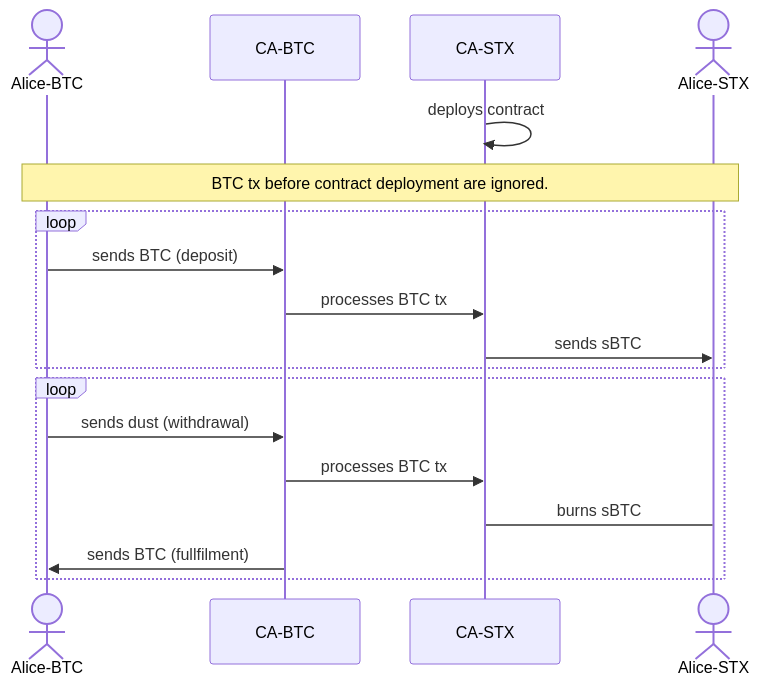
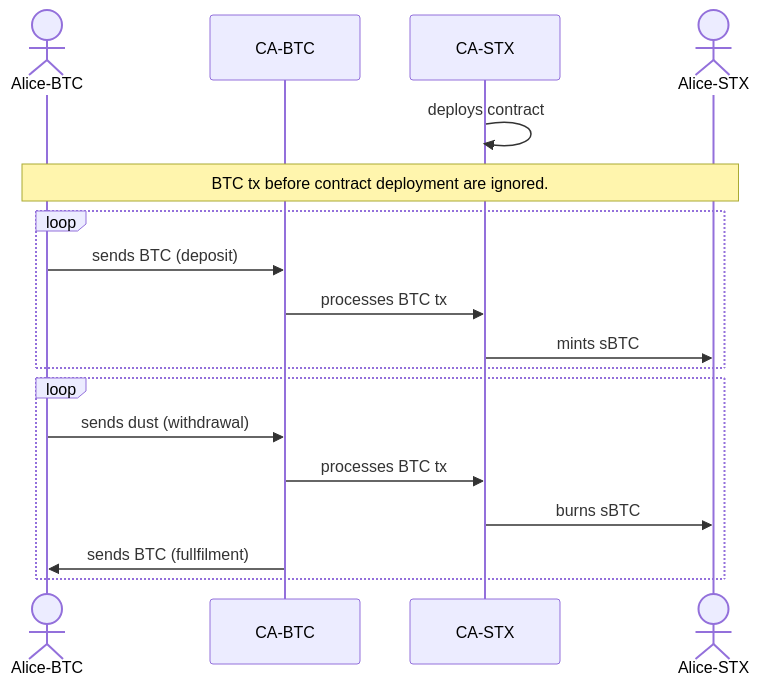
Before and after one commit to stacks-network/sbtc-docs: the diagram in src/sbtc-releases/sbtc-dev/get-started.md, drawn with Mermaid.

Commit message:
fix: improve diagram

````diff
--- a/src/sbtc-releases/sbtc-dev/get-started.md
+++ b/src/sbtc-releases/sbtc-dev/get-started.md
@@ -7,20 +7,20 @@
 ```mermaid
 sequenceDiagram
     actor AB as Alice-BTC
     participant CB as CA-BTC
     participant CS as CA-STX
     actor AS as Alice-STX
     CS ->> CS: deploys contract
     Note over AB, AS: BTC tx before contract deployment are ignored.
     loop
         AB ->> CB: sends BTC (deposit)
         CB ->> CS: processes BTC tx
-        CS ->> AS: sends sBTC
+        CS ->> AS: mints sBTC
     end
     loop
         AB ->> CB: sends dust (withdrawal)
         CB ->> CS: processes BTC tx
-        CS -> AS: burns sBTC
+        CS ->> AS: burns sBTC
         CB ->> AB: sends BTC (fullfilment)
     end
 ```
````
